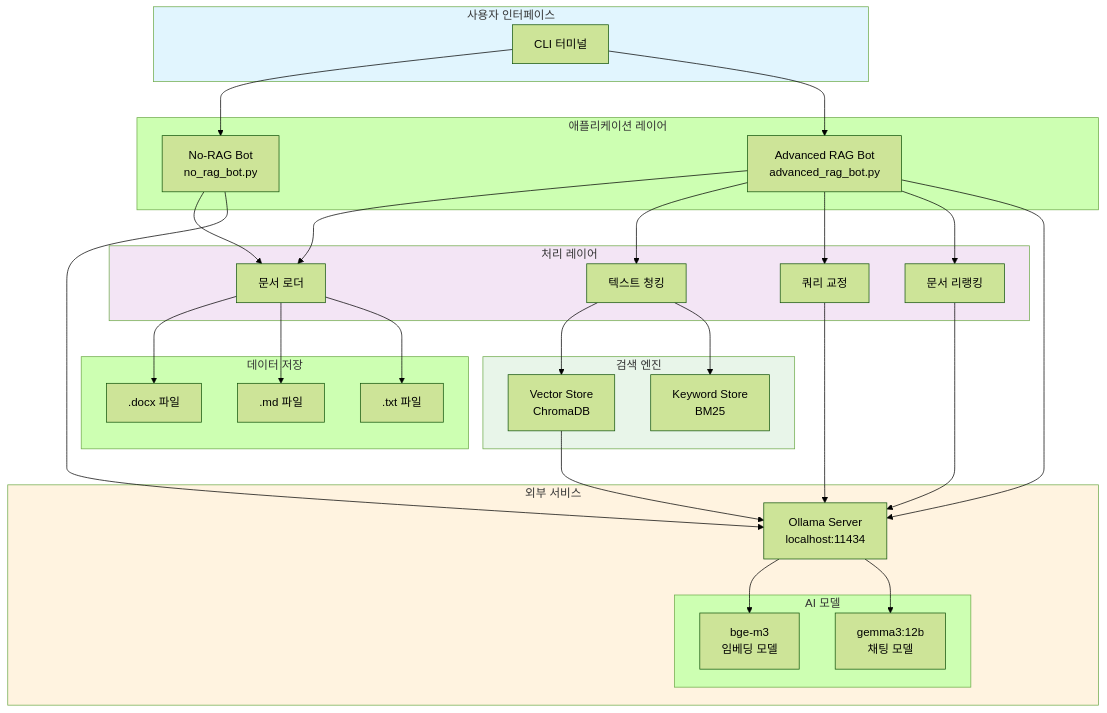
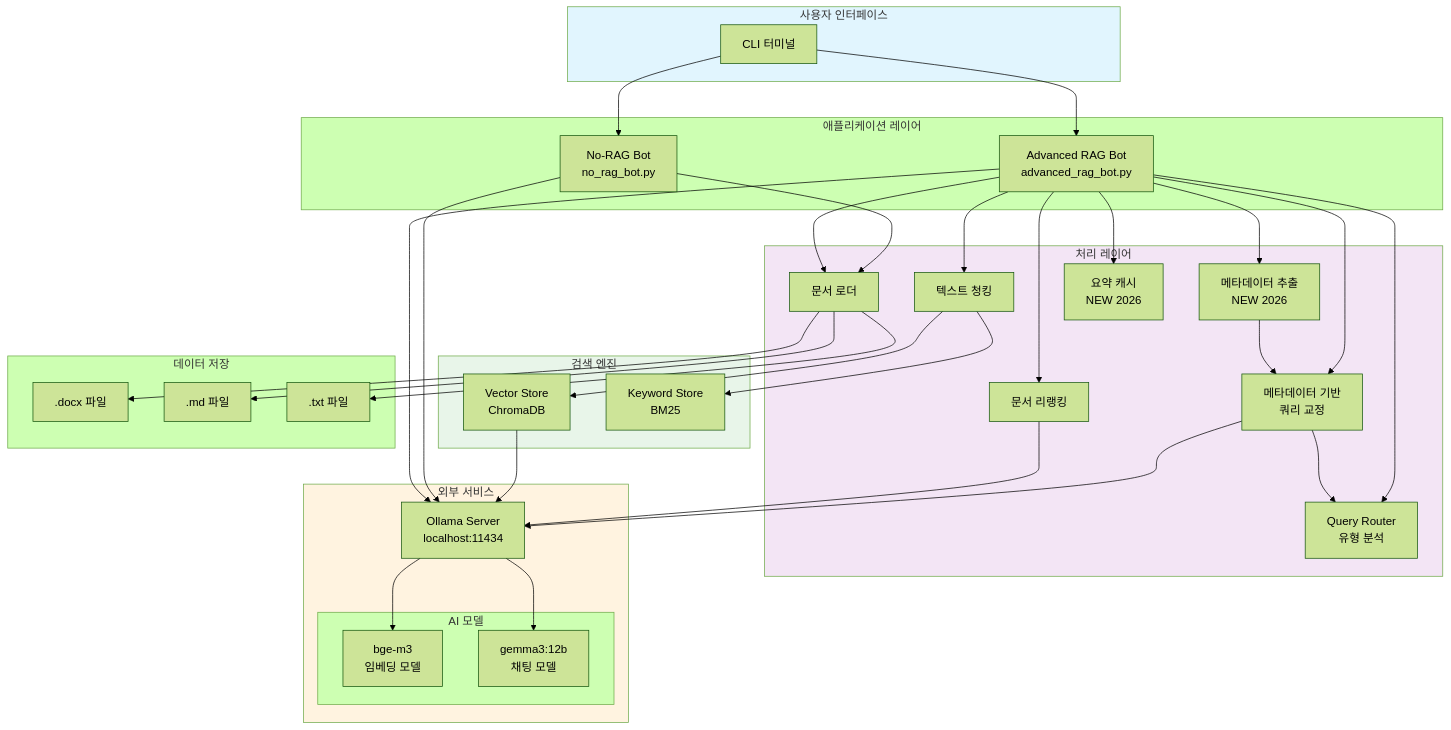
The first of 28 diagrams in ARCHITECTURE.md (laurus-kpa007/no-rag), drawn with Mermaid (forest theme) before and after one commit. The commit also changed other lines of this file and 3 other files, not shown here.

````diff
--- a/ARCHITECTURE.md
+++ b/ARCHITECTURE.md
@@ -36,67 +41,76 @@
 ```mermaid
 flowchart TB
     subgraph USER["사용자 인터페이스"]
         CLI[CLI 터미널]
     end
 
     subgraph APPS["애플리케이션 레이어"]
         NRB[No-RAG Bot<br/>no_rag_bot.py]
         ARB[Advanced RAG Bot<br/>advanced_rag_bot.py]
     end
 
     subgraph PROCESSING["처리 레이어"]
         DOC[문서 로더]
         CHUNK[텍스트 청킹]
-        QC[쿼리 교정]
+        META[메타데이터 추출<br/>NEW 2026]
+        QC[메타데이터 기반<br/>쿼리 교정]
+        QR[Query Router<br/>유형 분석]
         RR[문서 리랭킹]
+        CACHE[요약 캐시<br/>NEW 2026]
     end
 
     subgraph RETRIEVAL["검색 엔진"]
         VS[Vector Store<br/>ChromaDB]
         KS[Keyword Store<br/>BM25]
     end
 
     subgraph EXTERNAL["외부 서비스"]
         OLLAMA[Ollama Server<br/>localhost:11434]
         subgraph MODELS["AI 모델"]
             EMB[bge-m3<br/>임베딩 모델]
             CHAT[gemma3:12b<br/>채팅 모델]
         end
     end
 
     subgraph STORAGE["데이터 저장"]
         DOCX[.docx 파일]
         MD[.md 파일]
         TXT[.txt 파일]
     end
 
     CLI --> NRB
     CLI --> ARB
 
     NRB --> DOC
     ARB --> DOC
     ARB --> CHUNK
+    ARB --> META
     ARB --> QC
+    ARB --> QR
     ARB --> RR
+    ARB --> CACHE
+
+    META --> QC
+    QC --> QR
 
     DOC --> DOCX
     DOC --> MD
     DOC --> TXT
 
     CHUNK --> VS
     CHUNK --> KS
 
     VS --> OLLAMA
     QC --> OLLAMA
     RR --> OLLAMA
     NRB --> OLLAMA
     ARB --> OLLAMA
 
     OLLAMA --> EMB
     OLLAMA --> CHAT
 
     style USER fill:#e1f5fe
     style EXTERNAL fill:#fff3e0
     style RETRIEVAL fill:#e8f5e9
     style PROCESSING fill:#f3e5f5
 ```
````
